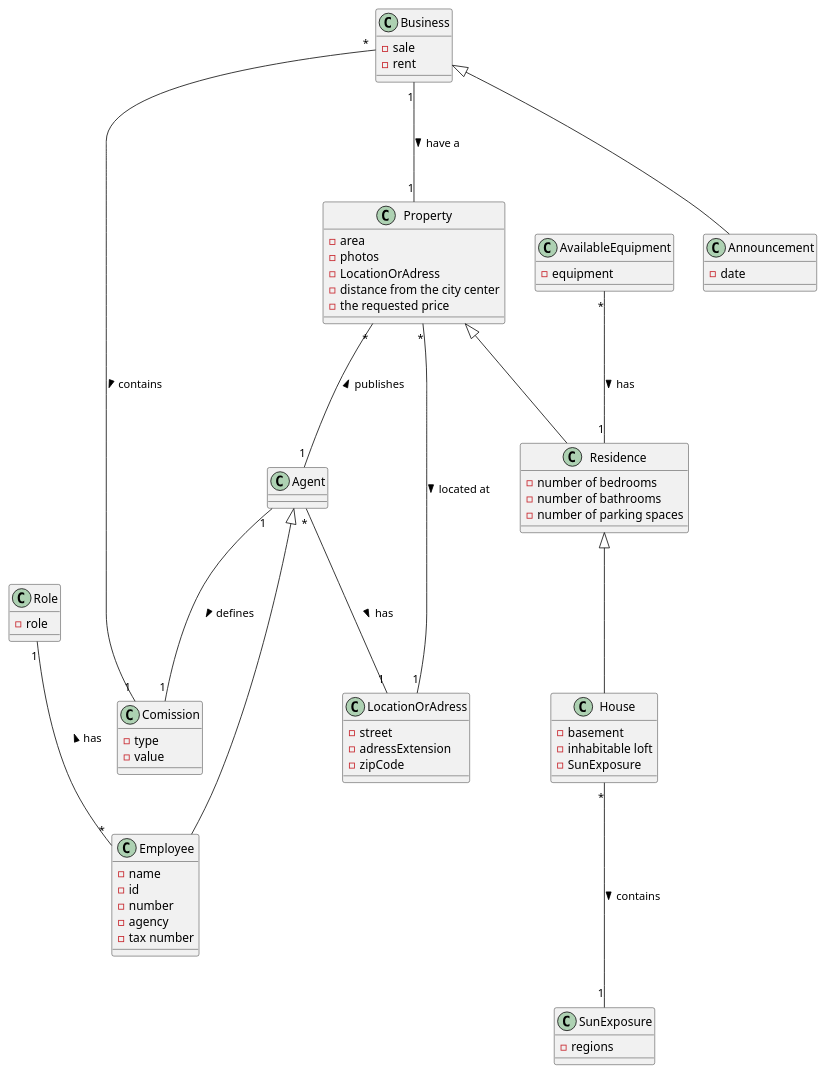
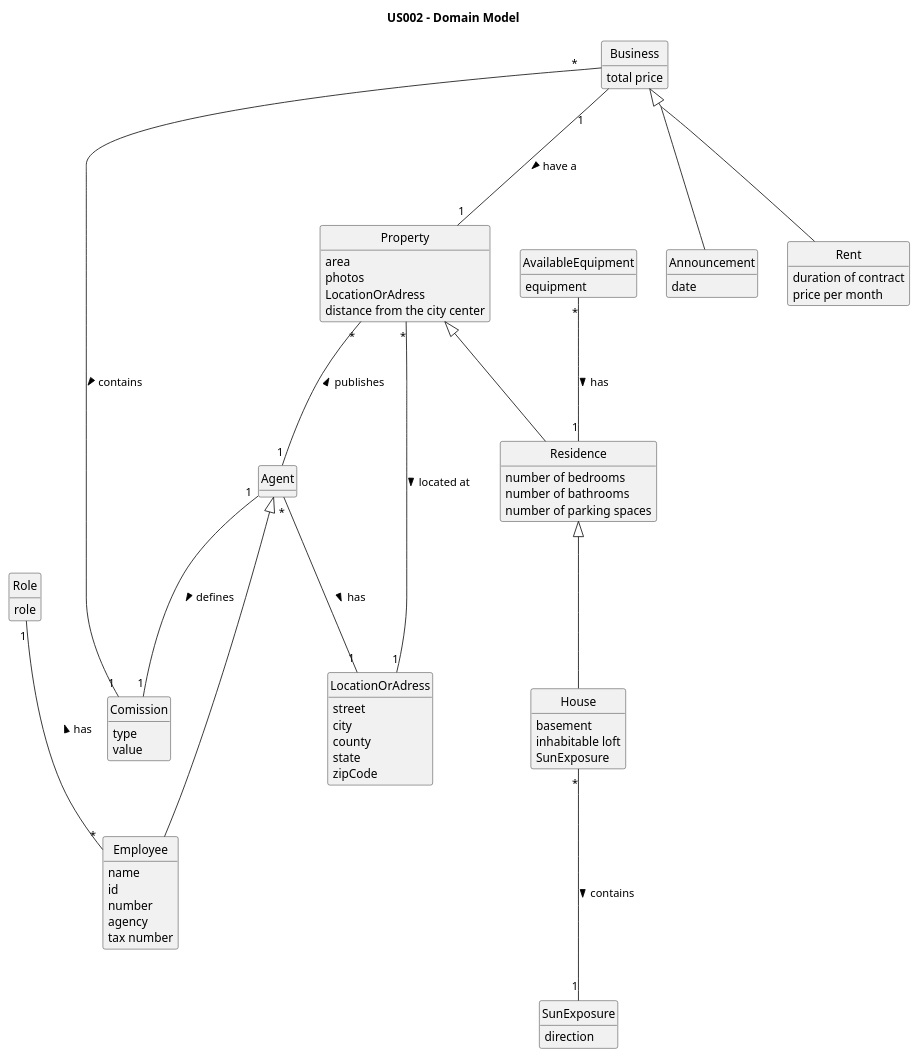
Before and after one commit to PureNimble/ISEP-LAPR2: the diagram in docs/sprintA/US02/02.analysis/puml/us02-domain-model.puml, drawn with PlantUML. The commit also changed 2 other files, not shown here.

Commit message:
updated domain module us002

```diff
--- a/docs/sprintA/US02/02.analysis/puml/us02-domain-model.puml
+++ b/docs/sprintA/US02/02.analysis/puml/us02-domain-model.puml
@@ -1,120 +1,136 @@
 @startuml
 
 skinparam groupInheritance 2
+skinparam monochrome true
+skinparam packageStyle rectangle
+skinparam shadowing false
+'skinparam linetype ortho
+'left to right direction
+skinparam classAttributeIconSize 0
+hide circle
+hide methods
+
+title US002 - Domain Model
 
 class Property
 
 class Comission
 
 class Announcement
 
 class Business
 
 class House
 
 class Role
 
 class Residence
 
 class LocationOrAdress
 
 class AvailableEquipment
 
 class Agent
 
 class SunExposure
 
 class Employee
 
 
 class Agent {
 }
 
 class Residence{
-    -number of bedrooms
-    - number of bathrooms
-    - number of parking spaces
+    number of bedrooms
+    number of bathrooms
+    number of parking spaces
  }
 
 
 class Property {
-    - area
-    - photos
-    - LocationOrAdress
-    - distance from the city center
-    - the requested price
+    area
+    photos
+    LocationOrAdress
+    distance from the city center
 }
 
 
 class House {
-    - basement
-    - inhabitable loft
-    - SunExposure
+    basement
+    inhabitable loft
+    SunExposure
 }
 
 
 class SunExposure {
-    - regions
+    direction
 }
 
 class LocationOrAdress {
-    -street
-    -adressExtension
-    -zipCode
+    street
+    city
+    county
+    state
+    zipCode
 }
 
 class Employee{
-    -name
-    -id
-    -number
-    -agency
-    -tax number
+    name
+    id
+    number
+    agency
+    tax number
 }
 
 class Comission{
-    -type
-    -value
+    type
+    value
 }
 
 class AvailableEquipment{
--equipment
+equipment
 }
 
 class Business{
--sale
--rent
+    total price
 }
 
 class Announcement{
--date
+    date
 }
 
 class Role{
--role
+    role
+}
+
+class Rent{
+    duration of contract
+    price per month
 }
 
 Residence <|--- House
 Property <|--- Residence
+Business <|--- Rent
 
 Business "*" --- "1" Comission : contains >
 Business "1" --- "1" Property : have a >
 
 Business  <|---  Announcement
 
 Property "*" --- "1" Agent: publishes <
 Property "*" --- "1" LocationOrAdress : located at >
 
 House "*" --- "1" SunExposure : contains >
 
 AvailableEquipment "*" --- "1" Residence: has >
 
 Role "1" --- "*" Employee : has <
 
 Agent "*" --- "1" LocationOrAdress : has >
 Agent <|---- Employee
 Agent "1" --- "1" Comission : defines >
 
 
 
 
 @enduml
```
